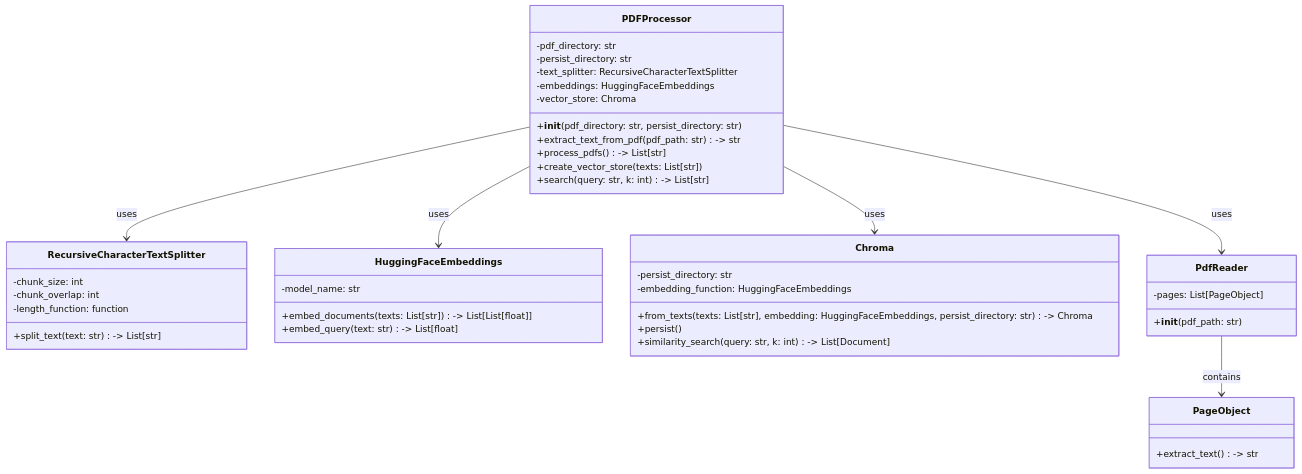
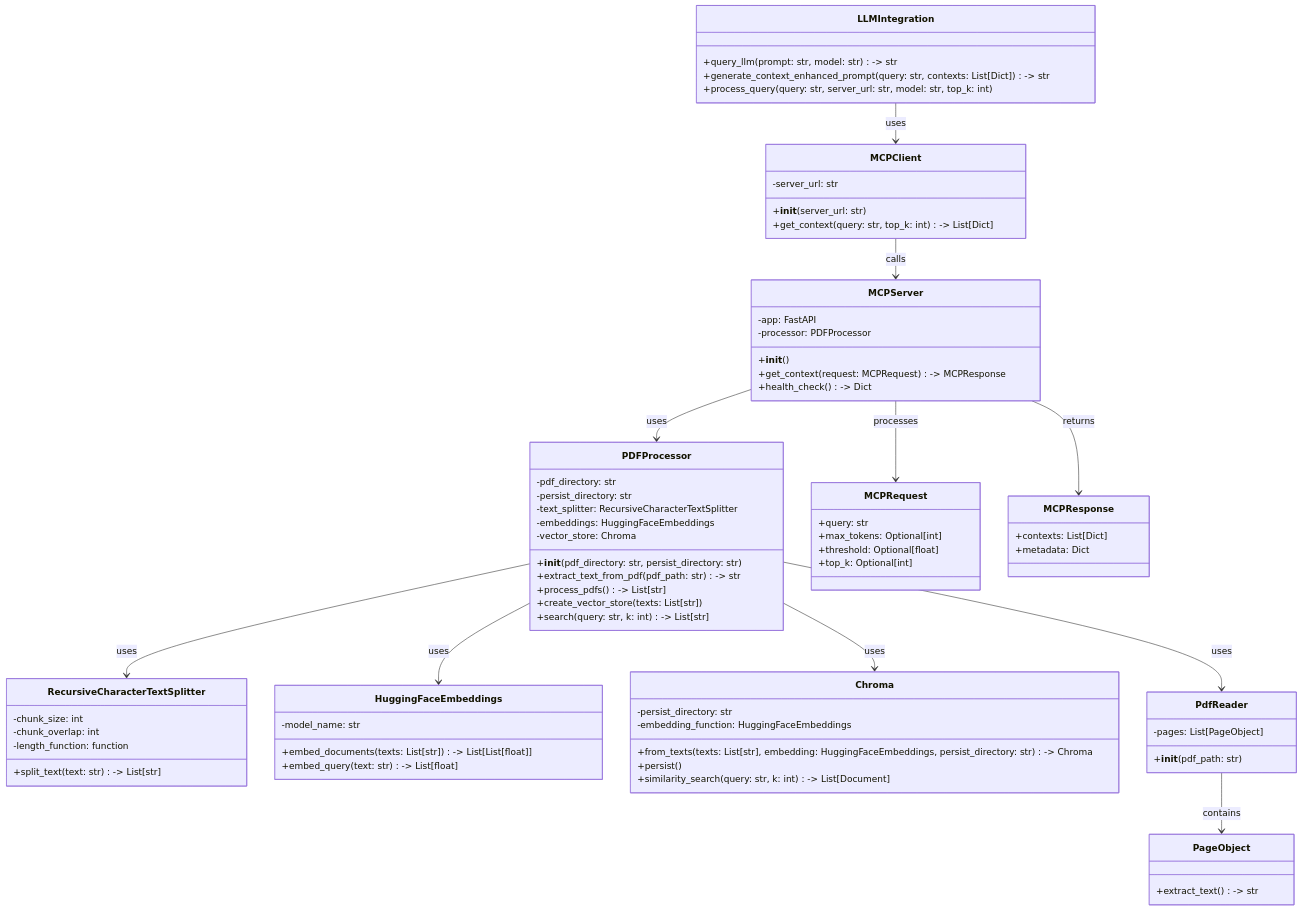
One commit to pnandi/vector-search changed the first of 2 diagrams in architecture_diagrams/class_diagram.md. Above: the diagram before and after it, drawn with Mermaid. The commit also changed other lines of this file and 2 other files, not shown here.

First line of the commit message:
architecture diagram updates

````diff
--- a/architecture_diagrams/class_diagram.md
+++ b/architecture_diagrams/class_diagram.md
@@ -7,5 +7,6 @@
 ```mermaid
 classDiagram
+    %% Core Classes
     class PDFProcessor {
         -pdf_directory: str
         -persist_directory: str
@@ -18,20 +19,20 @@
         +create_vector_store(texts: List[str])
         +search(query: str, k: int) -> List[str]
     }
-    
+
     class RecursiveCharacterTextSplitter {
         -chunk_size: int
         -chunk_overlap: int
         -length_function: function
         +split_text(text: str) -> List[str]
     }
-    
+
     class HuggingFaceEmbeddings {
         -model_name: str
         +embed_documents(texts: List[str]) -> List[List[float]]
         +embed_query(text: str) -> List[float]
     }
-    
+
     class Chroma {
         -persist_directory: str
         -embedding_function: HuggingFaceEmbeddings
@@ -39,19 +40,59 @@
         +persist()
         +similarity_search(query: str, k: int) -> List[Document]
     }
-    
+
     class PdfReader {
         -pages: List[PageObject]
         +__init__(pdf_path: str)
     }
-    
+
     class PageObject {
         +extract_text() -> str
     }
-    
+
+    %% MCP Classes
+    class MCPServer {
+        -app: FastAPI
+        -processor: PDFProcessor
+        +__init__()
+        +get_context(request: MCPRequest) -> MCPResponse
+        +health_check() -> Dict
+    }
+
+    class MCPRequest {
+        +query: str
+        +max_tokens: Optional[int]
+        +threshold: Optional[float]
+        +top_k: Optional[int]
+    }
+
+    class MCPResponse {
+        +contexts: List[Dict]
+        +metadata: Dict
+    }
+
+    class MCPClient {
+        -server_url: str
+        +__init__(server_url: str)
+        +get_context(query: str, top_k: int) -> List[Dict]
+    }
+
+    class LLMIntegration {
+        +query_llm(prompt: str, model: str) -> str
+        +generate_context_enhanced_prompt(query: str, contexts: List[Dict]) -> str
+        +process_query(query: str, server_url: str, model: str, top_k: int)
+    }
+
+    %% Relationships
     PDFProcessor --> RecursiveCharacterTextSplitter : uses
     PDFProcessor --> HuggingFaceEmbeddings : uses
     PDFProcessor --> Chroma : uses
     PDFProcessor --> PdfReader : uses
     PdfReader --> PageObject : contains
+
+    MCPServer --> PDFProcessor : uses
+    MCPServer --> MCPRequest : processes
+    MCPServer --> MCPResponse : returns
+    MCPClient --> MCPServer : calls
+    LLMIntegration --> MCPClient : uses
 ```
````
